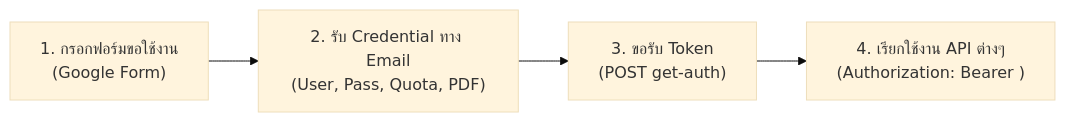
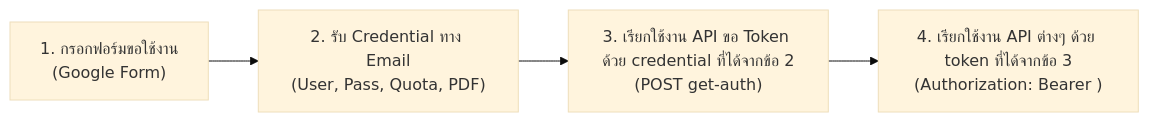
One commit to traffy-nectec/exchange-api-doc changed the diagram in docs/overview.md. Above: the diagram before and after it, drawn with Mermaid (base theme). The commit also changed other lines of this file and 4 other files, not shown here.

````diff
--- a/docs/overview.md
+++ b/docs/overview.md
@@ -38,6 +38,6 @@
 ```mermaid
 flowchart LR
     A["1. กรอกฟอร์มขอใช้งาน\n(Google Form)"] --> B["2. รับ Credential ทาง Email\n(User, Pass, Quota, PDF)"]
-    B --> C["3. ขอรับ Token\n(POST get-auth)"]
-    C --> D["4. เรียกใช้งาน API ต่างๆ\n(Authorization: Bearer <token>)"]
+    B --> C["3. เรียกใช้งาน API ขอ Token ด้วย credential ที่ได้จากข้อ 2\n(POST get-auth)"]
+    C --> D["4. เรียกใช้งาน API ต่างๆ ด้วย token ที่ได้จากข้อ 3\n(Authorization: Bearer <token>)"]
 ```
````
